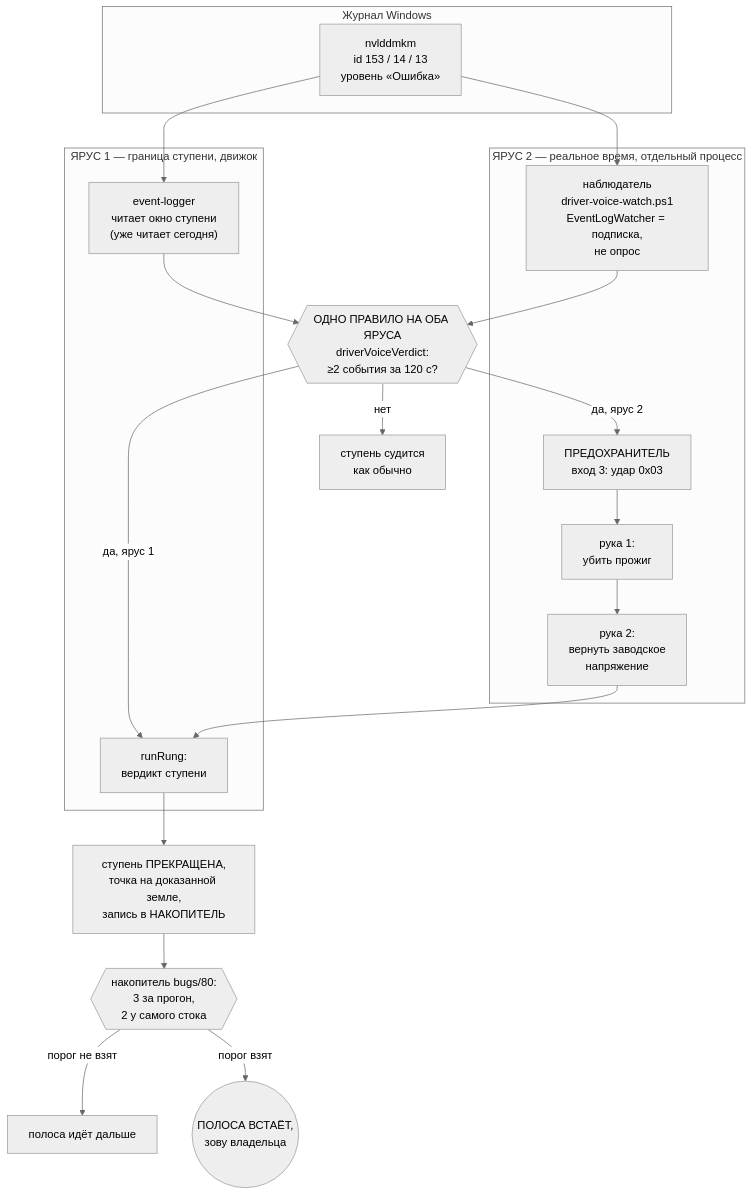
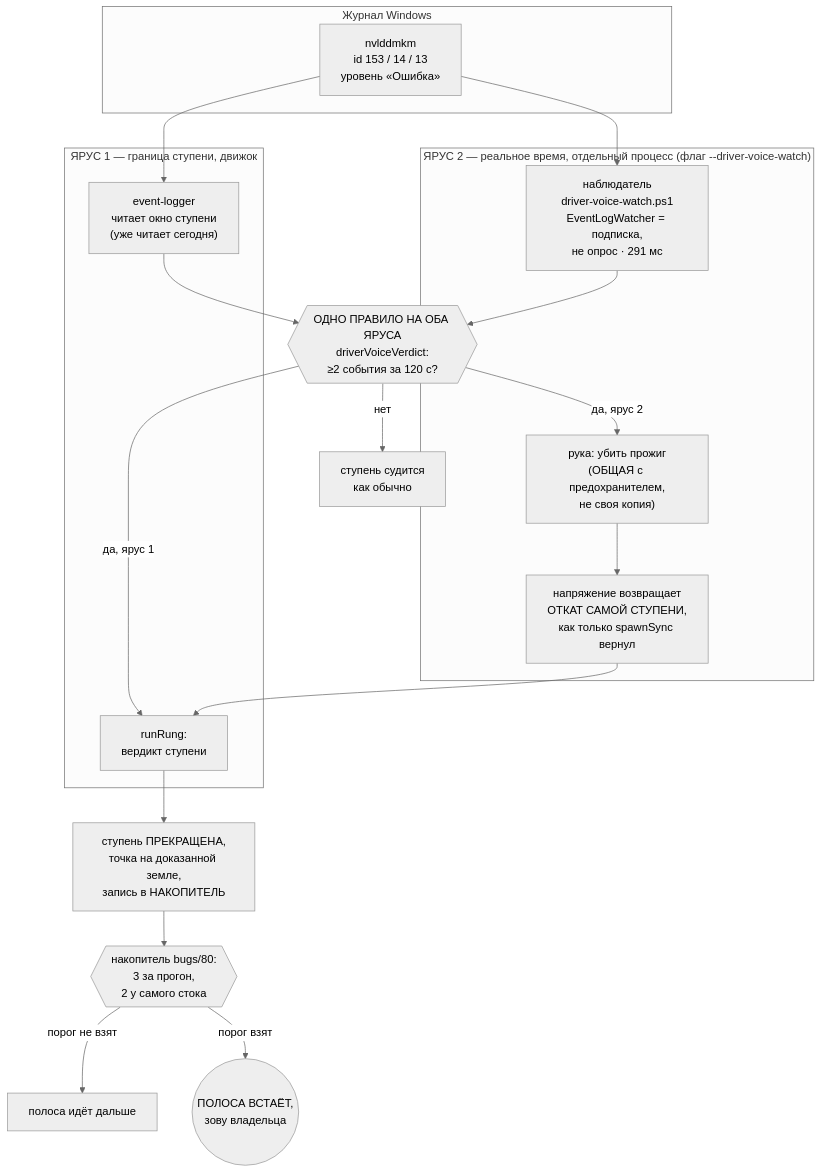
Before and after one commit to MikalaiKryvusha/KAGO: the diagram in plans/79_epic73_phase3_the_driver_voice.md, drawn with Mermaid (neutral theme). The commit also changed other lines of this file and 10 other files, not shown here.

````diff
--- a/plans/79_epic73_phase3_the_driver_voice.md
+++ b/plans/79_epic73_phase3_the_driver_voice.md
@@ -62,31 +62,30 @@
 ```mermaid
 flowchart TD
     subgraph WIN["Журнал Windows"]
         EV["nvlddmkm<br/>id 153 / 14 / 13<br/>уровень «Ошибка»"]
     end
 
-    subgraph T2["ЯРУС 2 — реальное время, отдельный процесс"]
-        W["наблюдатель<br/>driver-voice-watch.ps1<br/>EventLogWatcher = подписка,<br/>не опрос"]
-        J["ПРЕДОХРАНИТЕЛЬ<br/>вход 3: удар 0x03"]
-        H1["рука 1:<br/>убить прожиг"]
-        H2["рука 2:<br/>вернуть заводское<br/>напряжение"]
+    subgraph T2["ЯРУС 2 — реальное время, отдельный процесс (флаг --driver-voice-watch)"]
+        W["наблюдатель<br/>driver-voice-watch.ps1<br/>EventLogWatcher = подписка,<br/>не опрос · 291 мс"]
+        H1["рука: убить прожиг<br/>(ОБЩАЯ с предохранителем,<br/>не своя копия)"]
+        H2["напряжение возвращает<br/>ОТКАТ САМОЙ СТУПЕНИ,<br/>как только spawnSync вернул"]
     end
 
     subgraph T1["ЯРУС 1 — граница ступени, движок"]
         SL["event-logger<br/>читает окно ступени<br/>(уже читает сегодня)"]
         RR["runRung:<br/>вердикт ступени"]
     end
 
     RULE{{"ОДНО ПРАВИЛО НА ОБА ЯРУСА<br/>driverVoiceVerdict:<br/>≥2 события за 120 с?"}}
 
     EV --> W --> RULE
     EV --> SL --> RULE
     RULE -->|"нет"| PASS["ступень судится<br/>как обычно"]
-    RULE -->|"да, ярус 2"| J --> H1 --> H2
+    RULE -->|"да, ярус 2"| H1 --> H2
     RULE -->|"да, ярус 1"| RR
     H2 --> RR
     RR --> OUT["ступень ПРЕКРАЩЕНА,<br/>точка на доказанной земле,<br/>запись в НАКОПИТЕЛЬ"]
     OUT --> ACC{{"накопитель bugs/80:<br/>3 за прогон,<br/>2 у самого стока"}}
     ACC -->|"порог не взят"| NEXT["полоса идёт дальше"]
     ACC -->|"порог взят"| STOP(("ПОЛОСА ВСТАЁТ,<br/>зову владельца"))
 ```
````
